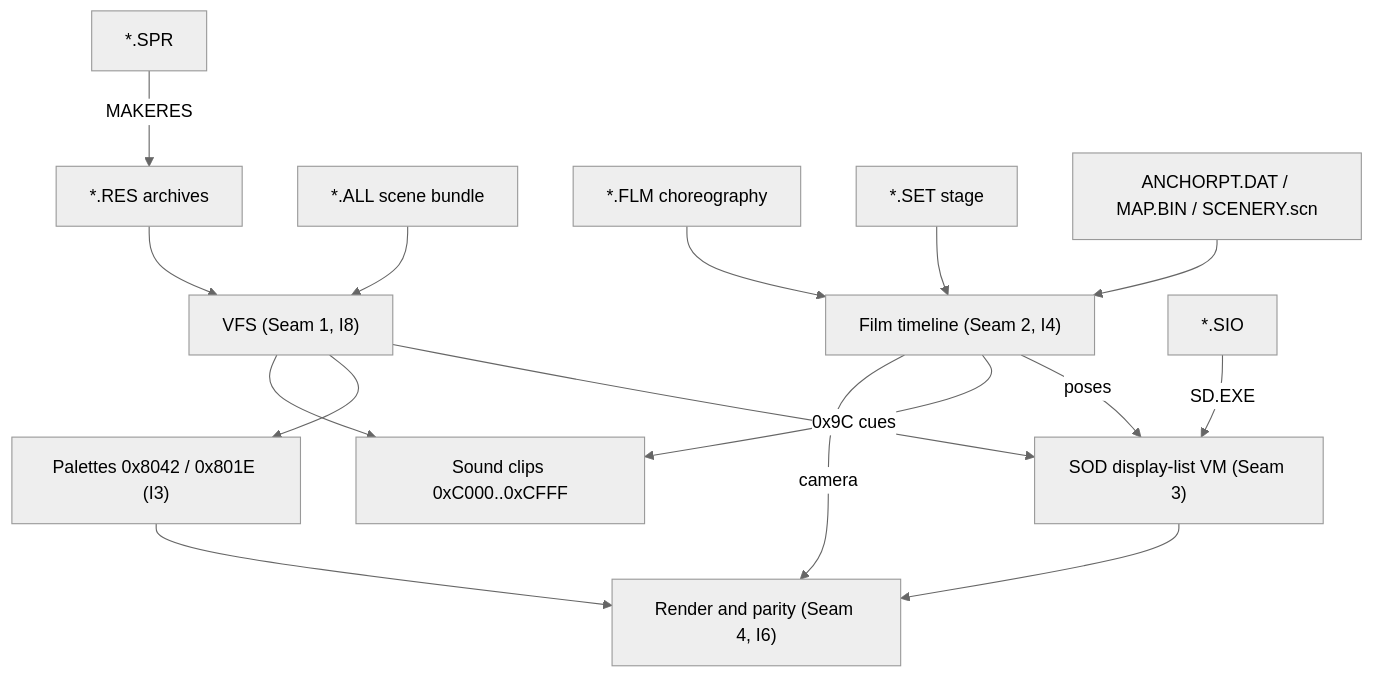
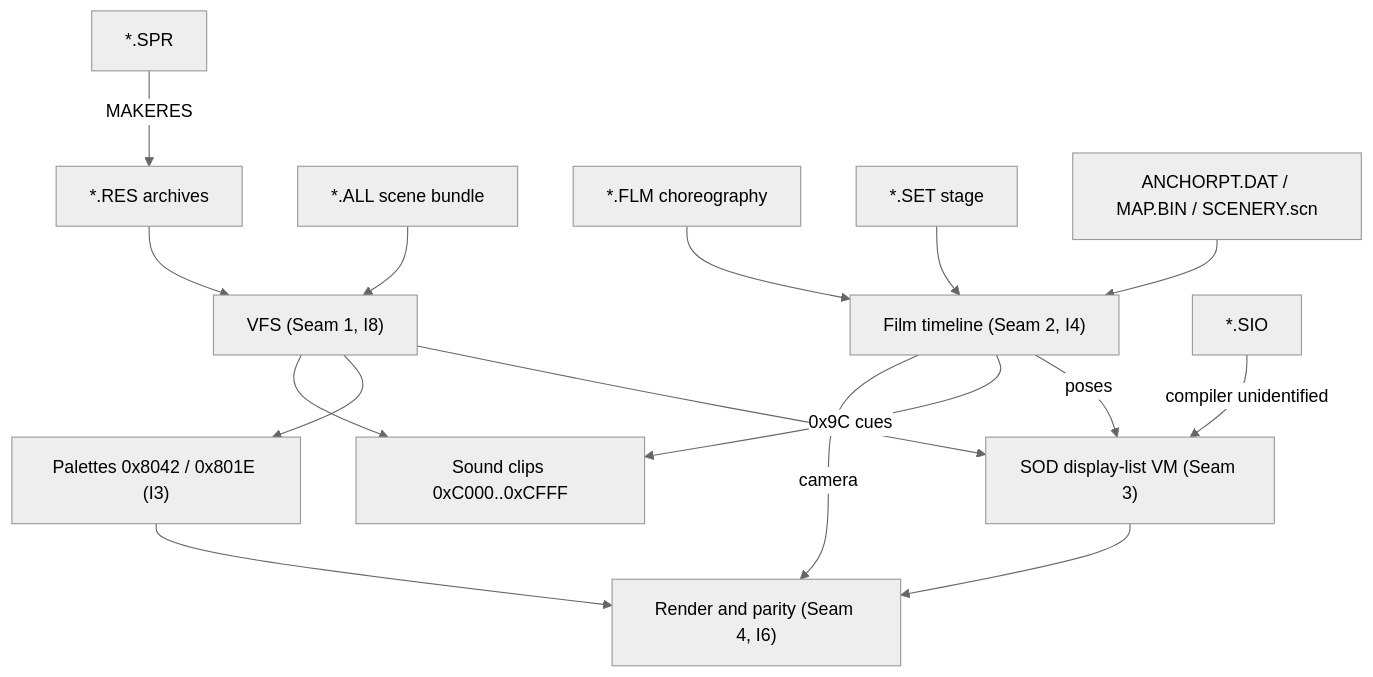
The diagram in research/formats/INDEX.md (neilsh/stunt-reel), drawn with Mermaid (neutral theme) before and after one commit. The commit also changed other lines of this file and 5 other files, not shown here.

````diff
--- a/research/formats/INDEX.md
+++ b/research/formats/INDEX.md
@@ -32,18 +32,18 @@
 ```mermaid
 flowchart TD
     RES["*.RES archives"] --> VFS["VFS (Seam 1, I8)"]
     ALL["*.ALL scene bundle"] --> VFS
     FLM["*.FLM choreography"] --> TL["Film timeline (Seam 2, I4)"]
     SET["*.SET stage"] --> TL
     TERRAIN["ANCHORPT.DAT / MAP.BIN / SCENERY.scn"] --> TL
     VFS --> SOD["SOD display-list VM (Seam 3)"]
     VFS --> PAL["Palettes 0x8042 / 0x801E (I3)"]
     VFS --> AUDIO["Sound clips 0xC000..0xCFFF"]
-    SIO["*.SIO"] -->|SD.EXE| SOD
+    SIO["*.SIO"] -->|"compiler unidentified"| SOD
     SPR["*.SPR"] -->|MAKERES| RES
     TL -->|poses| SOD
     TL -->|0x9C cues| AUDIO
     TL -->|camera| R["Render and parity (Seam 4, I6)"]
     SOD --> R
     PAL --> R
 ```
````
